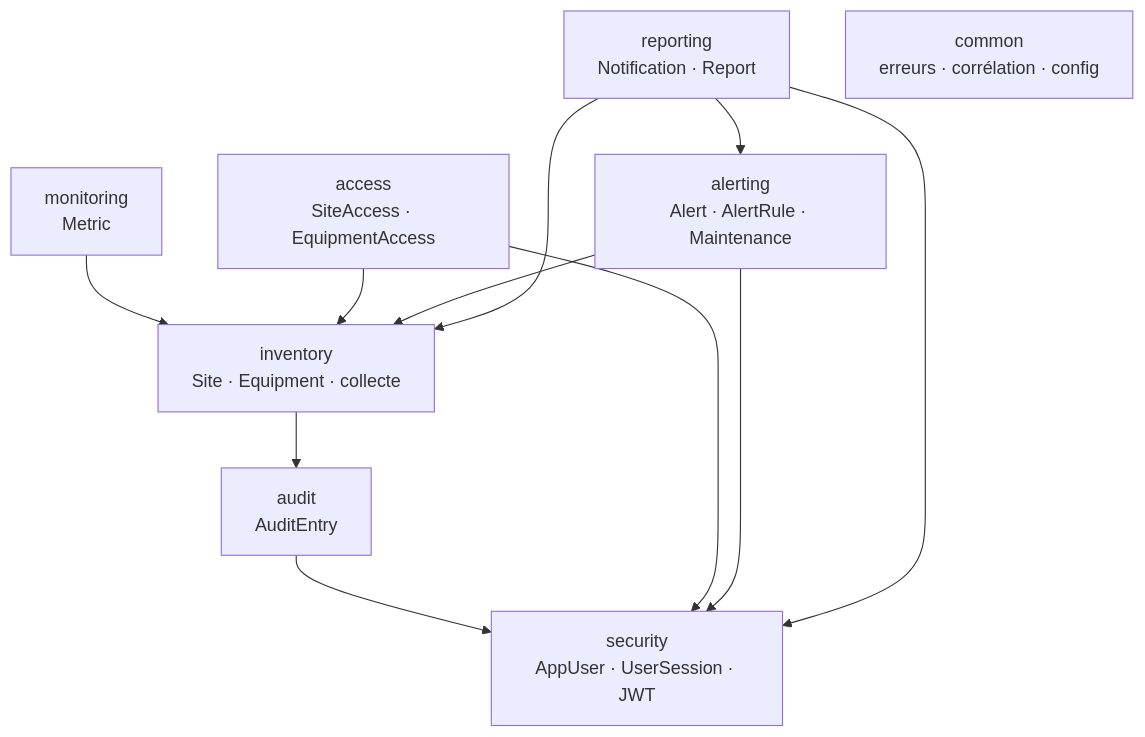
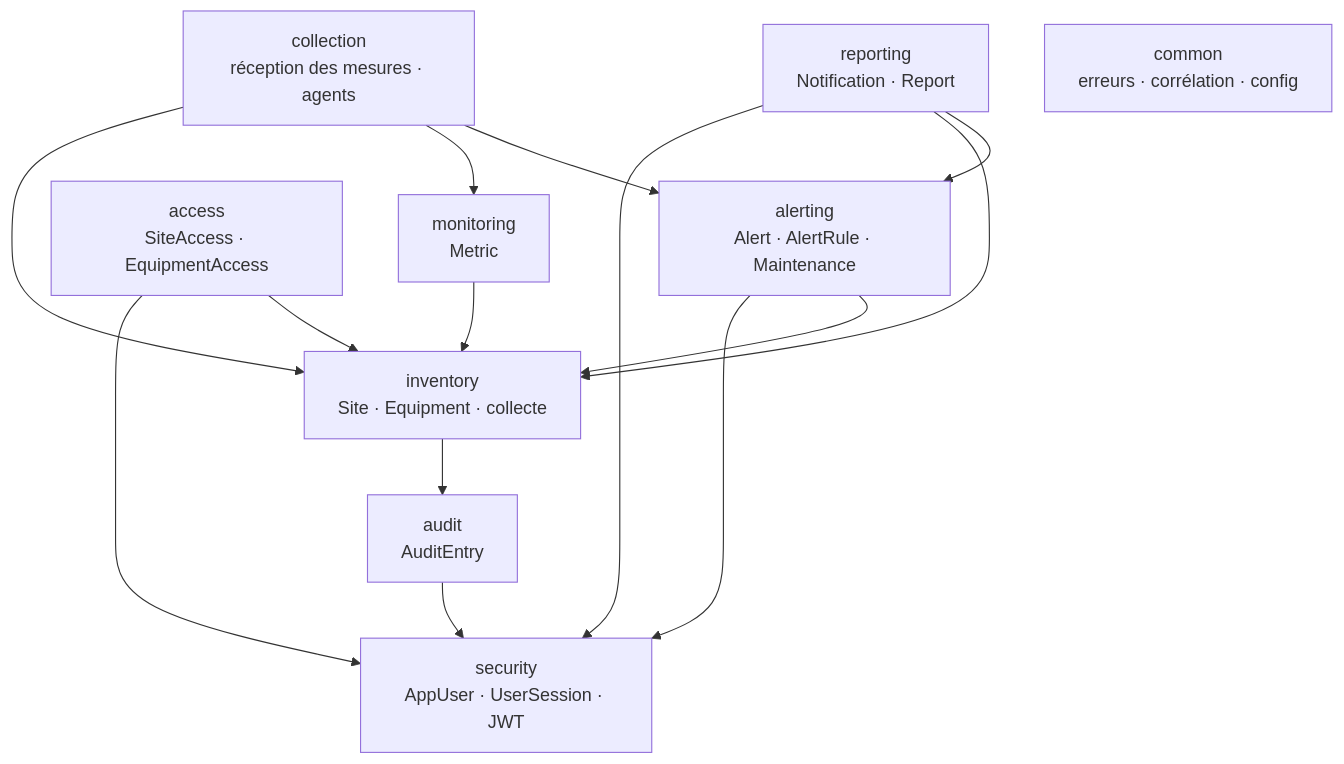
Before and after one commit to boubacarsidibe/Trans-DIC1: the fifth of 13 diagrams in docs/ARCHITECTURE-COMPLETE.md, drawn with Mermaid. The commit also changed other lines of this file and 3 other files, not shown here.

````diff
--- a/docs/ARCHITECTURE-COMPLETE.md
+++ b/docs/ARCHITECTURE-COMPLETE.md
@@ -195,22 +197,26 @@
 ```mermaid
 flowchart TD
     security["security<br/>AppUser · UserSession · JWT"]
     audit["audit<br/>AuditEntry"]
     inventory["inventory<br/>Site · Equipment · collecte"]
     monitoring["monitoring<br/>Metric"]
     access["access<br/>SiteAccess · EquipmentAccess"]
     alerting["alerting<br/>Alert · AlertRule · Maintenance"]
     reporting["reporting<br/>Notification · Report"]
+    collection["collection<br/>réception des mesures · agents"]
     common["common<br/>erreurs · corrélation · config"]
 
     audit --> security
     inventory --> audit
     monitoring --> inventory
     access --> security
     access --> inventory
     alerting --> security
     alerting --> inventory
     reporting --> security
     reporting --> inventory
     reporting --> alerting
+    collection --> inventory
+    collection --> monitoring
+    collection --> alerting
 ```
````
